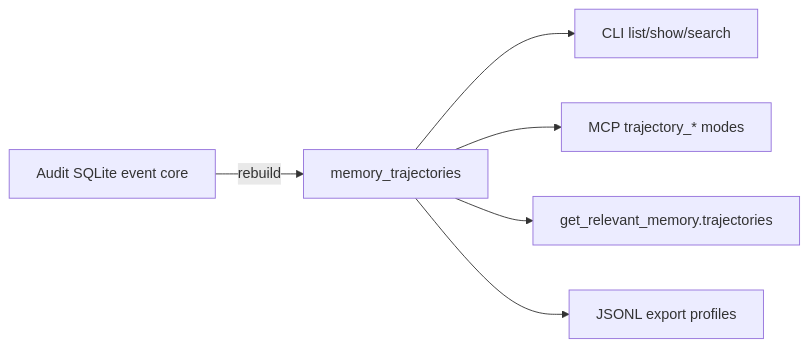
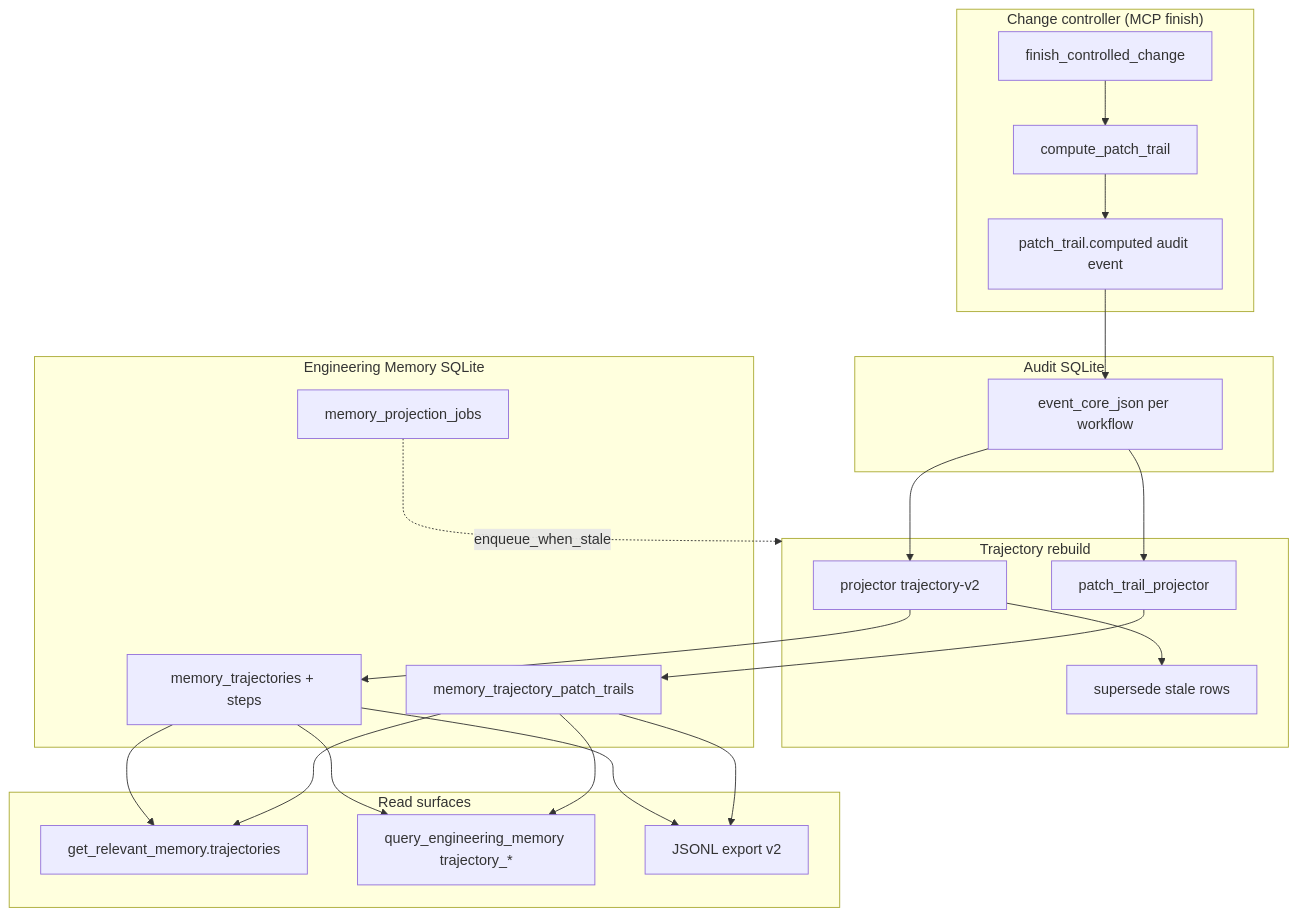
One commit to orenlab/codeclone changed the ninth of 11 diagrams in docs/book/13-engineering-memory.md. Above: the diagram before and after it, drawn with Mermaid. The commit also changed other lines of this file and 7 other files, not shown here.

````diff
--- a/docs/book/13-engineering-memory.md
+++ b/docs/book/13-engineering-memory.md
@@ -797,8 +799,45 @@
 ```mermaid
-graph LR
-    AUD[Audit SQLite event core] -->|rebuild| TRJ[memory_trajectories]
-    TRJ --> CLI[CLI list/show/search]
-    TRJ --> MCP[MCP trajectory_* modes]
-    TRJ --> GR[get_relevant_memory.trajectories]
-    TRJ --> EXP[JSONL export profiles]
+flowchart TB
+    subgraph Finish["Change controller (MCP finish)"]
+        FIN[finish_controlled_change]
+        PT[compute_patch_trail]
+        AUDE[patch_trail.computed audit event]
+        FIN --> PT --> AUDE
+    end
+
+    subgraph Audit["Audit SQLite"]
+        EC[event_core_json per workflow]
+    end
+
+    subgraph Project["Trajectory rebuild"]
+        PRJ[projector trajectory-v2]
+        PTP[patch_trail_projector]
+        SUP[supersede stale rows]
+    end
+
+    subgraph Store["Engineering Memory SQLite"]
+        TRJ[memory_trajectories + steps]
+        PTR[memory_trajectory_patch_trails]
+        JOB[memory_projection_jobs]
+    end
+
+    subgraph Read["Read surfaces"]
+        GR[get_relevant_memory.trajectories]
+        QEM[query_engineering_memory trajectory_*]
+        EXP[JSONL export v2]
+    end
+
+    AUDE --> EC
+    EC --> PRJ
+    EC --> PTP
+    PRJ --> TRJ
+    PTP --> PTR
+    PRJ --> SUP
+    TRJ --> GR
+    TRJ --> QEM
+    PTR --> GR
+    PTR --> QEM
+    TRJ --> EXP
+    PTR --> EXP
+    JOB -.->|enqueue_when_stale| Project
 ```
````
